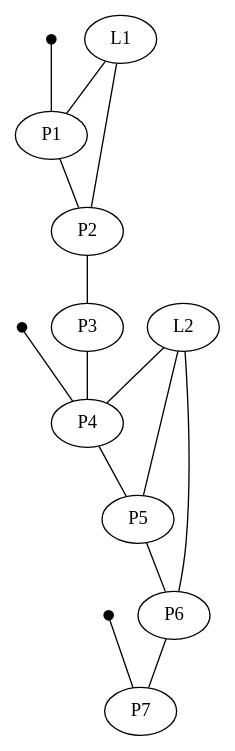
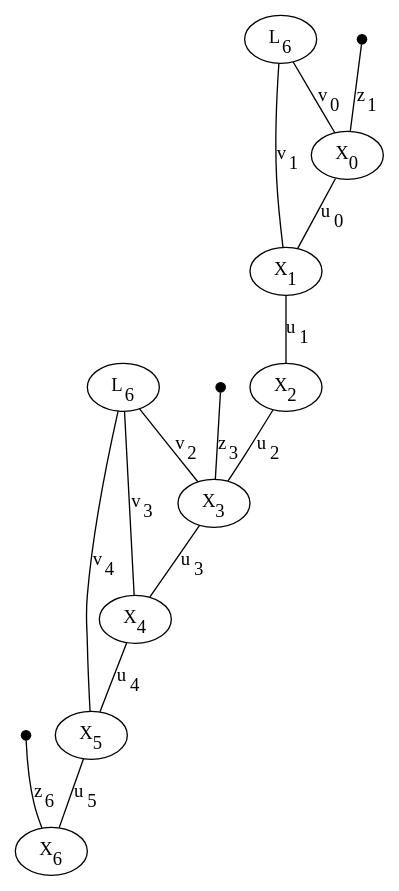
The diagram in paper/factor_graph.dot (tjpotts/eecs_568_project), drawn with Graphviz before and after one commit. The commit also changed 2 other files, not shown here.

```diff
--- a/paper/factor_graph.dot
+++ b/paper/factor_graph.dot
@@ -1,34 +1,34 @@
 graph {
-    P1 [pos="0,0!"]
-    P2 [pos="1,0!"]
-    P3 [pos="2,0!"]
-    P4 [pos="3,0!"]
-    P5 [pos="4,0!"]
-    P6 [pos="5,0!"]
-    P7 [pos="6,0!"]
-    
-    L1 [pos="0.5,1!"]
-    L2 [pos="4,1!"]
-    
-    G1 [pos="0,-0.75!", width="0.1", height="0.1", label="", fillcolor="black", style="filled"]
-    G2 [pos="3,-0.75!", width="0.1", height="0.1", label="", fillcolor="black", style="filled"]
-    G3 [pos="6,-0.75!", width="0.1", height="0.1", label="", fillcolor="black", style="filled"]
-    
-    P1 -- P2
-    P2 -- P3
-    P3 -- P4
-    P4 -- P5
-    P5 -- P6
-    P6 -- P7
-    
-    G1 -- P1
-    G2 -- P4
-    G3 -- P7
-    
-    L1 -- P1
-    L1 -- P2
-    
-    L2 -- P4
-    L2 -- P5
-    L2 -- P6
+    X0 [pos="0,0!", label=<X<SUB>0</SUB>>]
+    X1 [pos="1,0!", label=<X<SUB>1</SUB>>]
+    X2 [pos="2,0!", label=<X<SUB>2</SUB>>]
+    X3 [pos="3,0!", label=<X<SUB>3</SUB>>]
+    X4 [pos="4,0!", label=<X<SUB>4</SUB>>]
+    X5 [pos="5,0!", label=<X<SUB>5</SUB>>]
+    X6 [pos="6,0!", label=<X<SUB>6</SUB>>]
+
+    L0 [pos="0.5,1!", label=<L<SUB>6</SUB>>]
+    L1 [pos="4,1!", label=<L<SUB>6</SUB>>]
+
+    G0 [pos="0,-0.75!", width="0.1", height="0.1", label="", fillcolor="black", style="filled"]
+    G3 [pos="3,-0.75!", width="0.1", height="0.1", label="", fillcolor="black", style="filled"]
+    G6 [pos="6,-0.75!", width="0.1", height="0.1", label="", fillcolor="black", style="filled"]
+
+    X0 -- X1 [label=<u<SUB>0</SUB>>]
+    X1 -- X2 [label=<u<SUB>1</SUB>>]
+    X2 -- X3 [label=<u<SUB>2</SUB>>]
+    X3 -- X4 [label=<u<SUB>3</SUB>>]
+    X4 -- X5 [label=<u<SUB>4</SUB>>]
+    X5 -- X6 [label=<u<SUB>5</SUB>>]
+
+    G0 -- X0 [label=<z<SUB>1</SUB>>]
+    G3 -- X3 [label=<z<SUB>3</SUB>>]
+    G6 -- X6 [label=<z<SUB>6</SUB>>]
+
+    L0 -- X0 [label=<v<SUB>0</SUB>>]
+    L0 -- X1 [label=<v<SUB>1</SUB>>]
+
+    L1 -- X3 [label=<v<SUB>2</SUB>>]
+    L1 -- X4 [label=<v<SUB>3</SUB>>]
+    L1 -- X5 [label=<v<SUB>4</SUB>>]
 }
```
